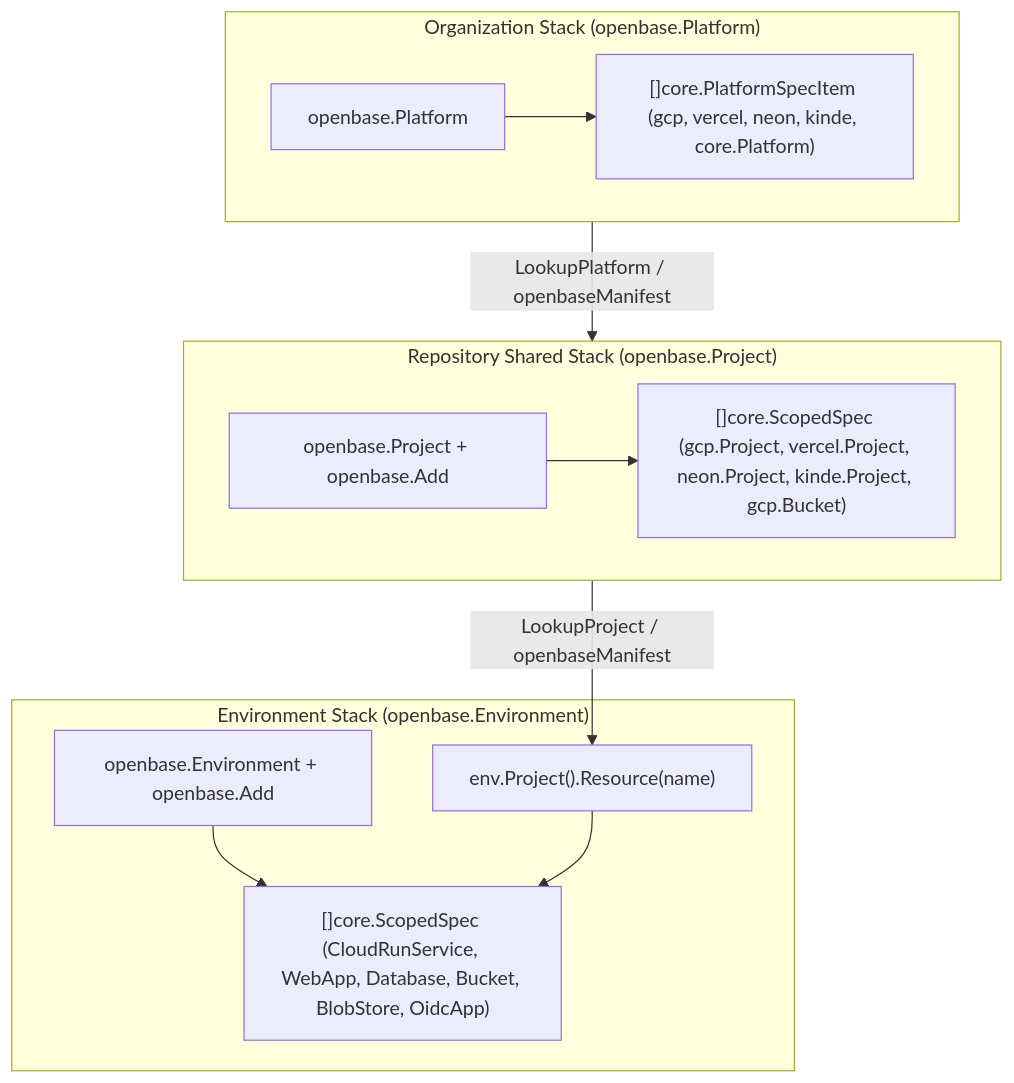
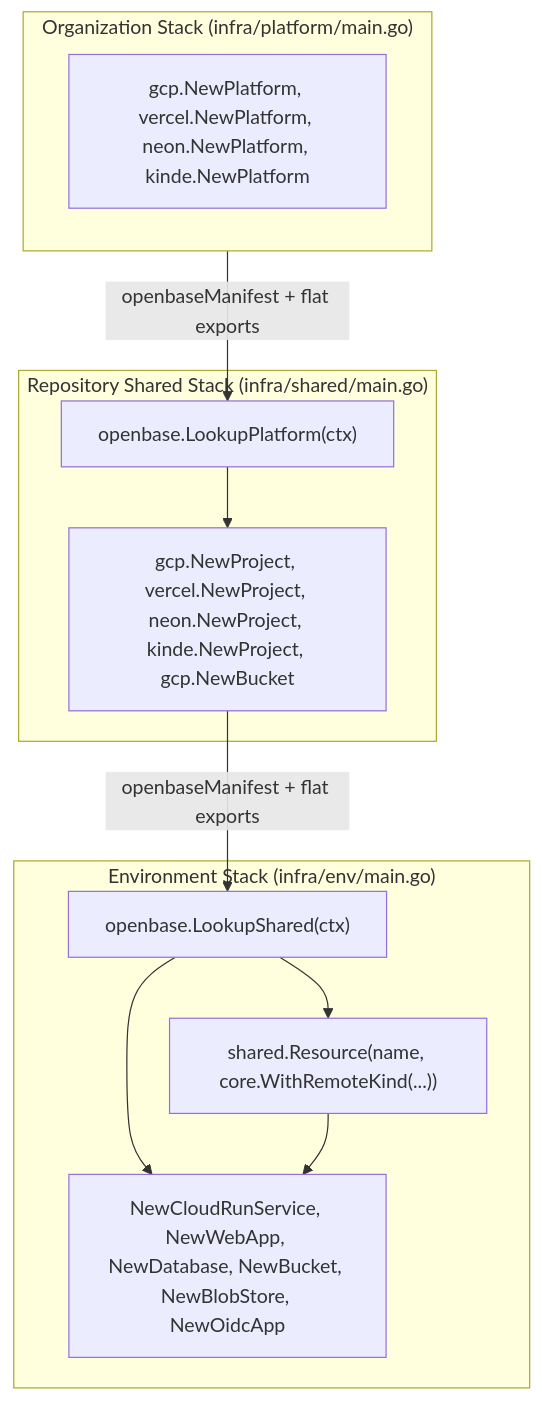
One commit to cloudvoyant/openbase changed the first of 2 diagrams in docs/architecture/scopes.md. Above: the diagram before and after it, drawn with Mermaid. The commit also changed other lines of this file and 70 other files, not shown here.

````diff
--- a/docs/architecture/scopes.md
+++ b/docs/architecture/scopes.md
@@ -26,18 +26,19 @@
 ```mermaid
 flowchart TD
-    subgraph Org["Organization Stack (openbase.Platform)"]
-        PScope["openbase.Platform"] --> PItems["[]core.PlatformSpecItem (gcp, vercel, neon, kinde, core.Platform)"]
+    subgraph Org["Organization Stack (infra/platform/main.go)"]
+        PItems["gcp.NewPlatform, vercel.NewPlatform, neon.NewPlatform, kinde.NewPlatform"]
     end
 
-    subgraph Shared["Repository Shared Stack (openbase.Project)"]
-        ProjScope["openbase.Project + openbase.Add"] --> ProjItems["[]core.ScopedSpec (gcp.Project, vercel.Project, neon.Project, kinde.Project, gcp.Bucket)"]
+    subgraph Shared["Repository Shared Stack (infra/shared/main.go)"]
+        PlatRef["openbase.LookupPlatform(ctx)"] --> ProjItems["gcp.NewProject, vercel.NewProject, neon.NewProject, kinde.NewProject, gcp.NewBucket"]
     end
 
-    subgraph Env["Environment Stack (openbase.Environment)"]
-        EnvScope["openbase.Environment + openbase.Add"] --> EnvItems["[]core.ScopedSpec (CloudRunService, WebApp, Database, Bucket, BlobStore, OidcApp)"]
-        Remote["env.Project().Resource(name)"] --> EnvItems
+    subgraph Env["Environment Stack (infra/env/main.go)"]
+        SharedRef["openbase.LookupShared(ctx)"] --> EnvItems["NewCloudRunService, NewWebApp, NewDatabase, NewBucket, NewBlobStore, NewOidcApp"]
+        SharedRef --> Remote["shared.Resource(name, core.WithRemoteKind(...))"]
+        Remote --> EnvItems
     end
 
-    Org -->|"LookupPlatform / openbaseManifest"| Shared
-    Shared -->|"LookupProject / openbaseManifest"| Remote
+    Org -->|"openbaseManifest + flat exports"| PlatRef
+    ProjItems -->|"openbaseManifest + flat exports"| SharedRef
 ```
````
